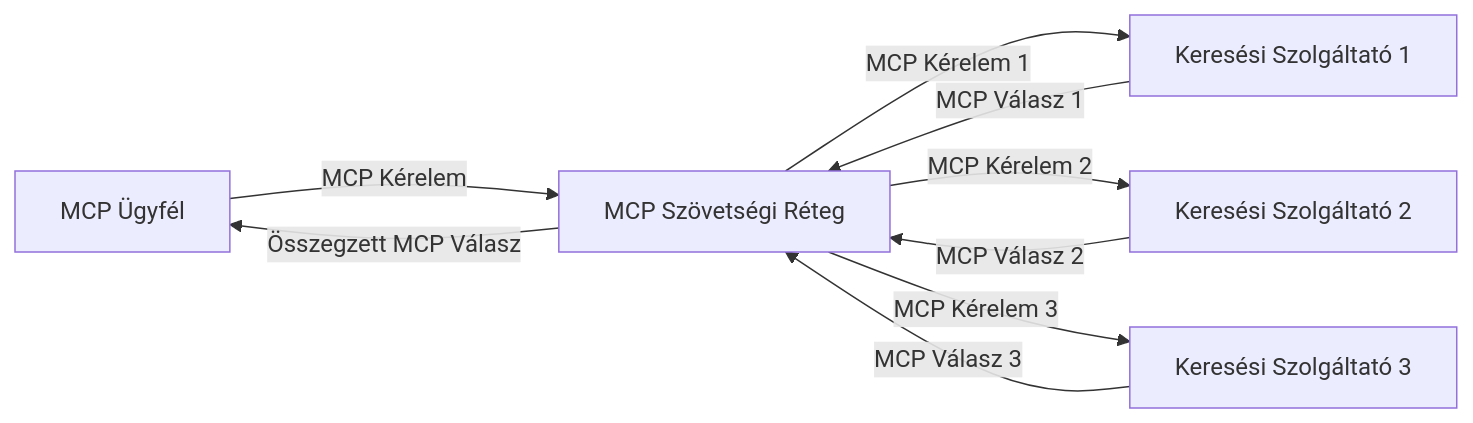
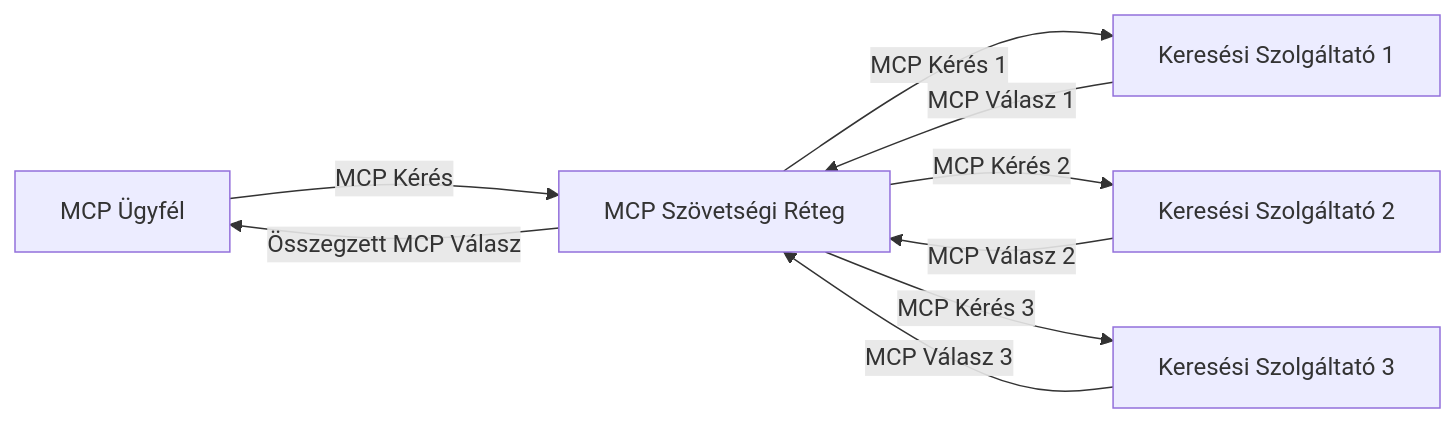
One commit to microsoft/mcp-for-beginners changed the third of 4 diagrams in translations/hu/05-AdvancedTopics/mcp-realtimesearch/README.md. Above: the diagram before and after it, drawn with Mermaid. The commit also changed other lines of this file and 140 other files, not shown here.

````diff
--- a/translations/hu/05-AdvancedTopics/mcp-realtimesearch/README.md
+++ b/translations/hu/05-AdvancedTopics/mcp-realtimesearch/README.md
@@ -610,11 +612,11 @@
 ```mermaid
 graph LR
-    Client[MCP Ügyfél] --> |MCP Kérelem| Federation[MCP Szövetségi Réteg]
-    Federation --> |MCP Kérelem 1| Search1[Keresési Szolgáltató 1]
-    Federation --> |MCP Kérelem 2| Search2[Keresési Szolgáltató 2]
-    Federation --> |MCP Kérelem 3| Search3[Keresési Szolgáltató 3]
+    Client[MCP Ügyfél] --> |MCP Kérés| Federation[MCP Szövetségi Réteg]
+    Federation --> |MCP Kérés 1| Search1[Keresési Szolgáltató 1]
+    Federation --> |MCP Kérés 2| Search2[Keresési Szolgáltató 2]
+    Federation --> |MCP Kérés 3| Search3[Keresési Szolgáltató 3]
     Search1 --> |MCP Válasz 1| Federation
     Search2 --> |MCP Válasz 2| Federation
     Search3 --> |MCP Válasz 3| Federation
     Federation --> |Összegzett MCP Válasz| Client
 ```
````
